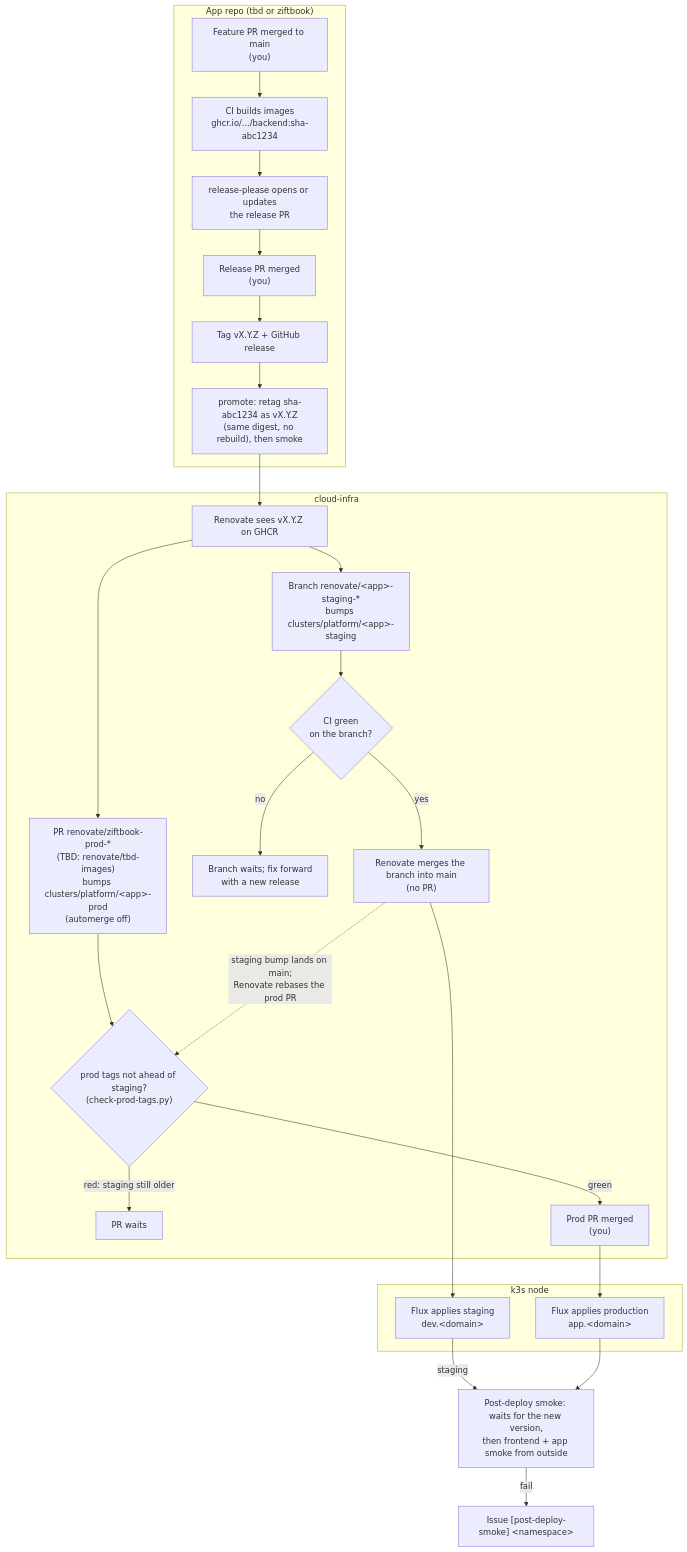
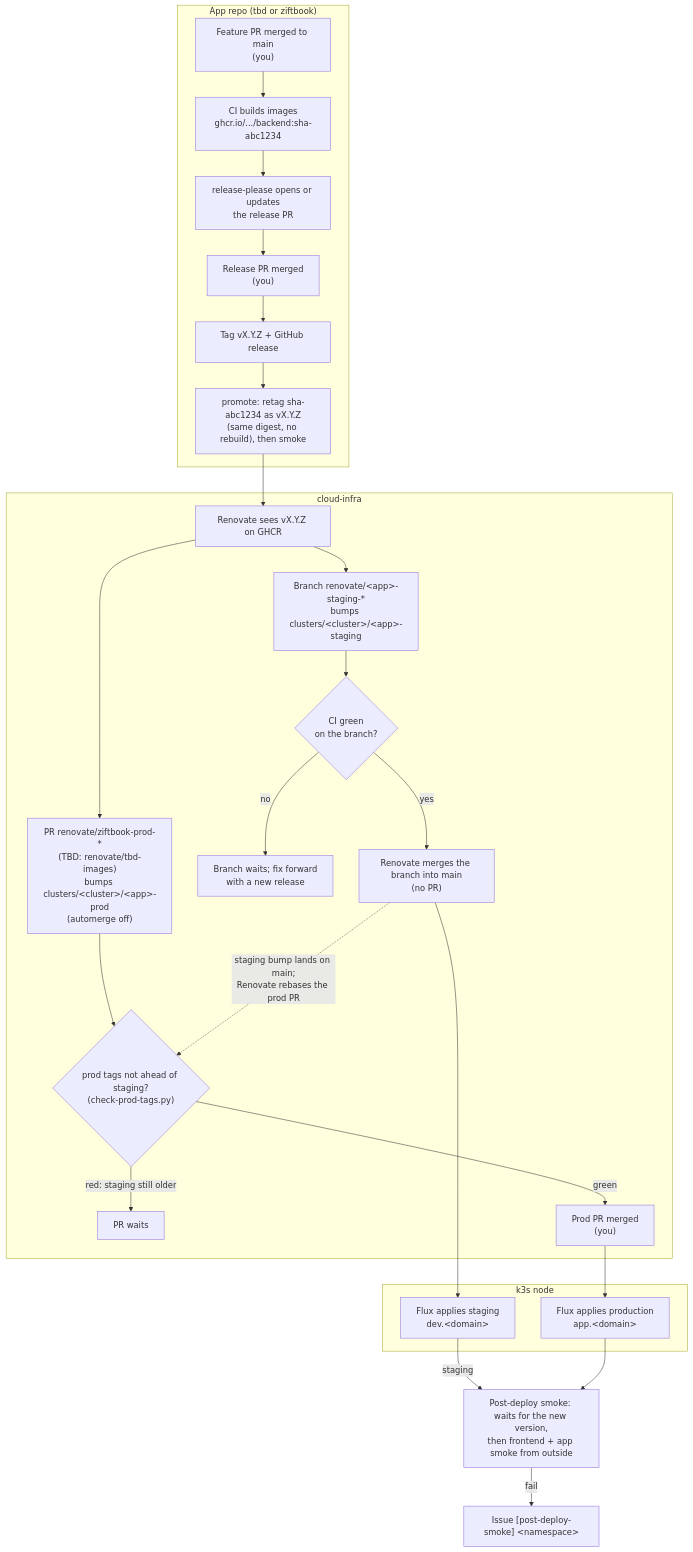
One commit to fjcloudaiconsulting/aws-infra changed the first of 2 diagrams in docs/release-flow.md. Above: the diagram before and after it, drawn with Mermaid. The commit also changed other lines of this file and 21 other files, not shown here.

````diff
--- a/docs/release-flow.md
+++ b/docs/release-flow.md
@@ -23,33 +23,33 @@
 ```mermaid
 flowchart TD
     subgraph app["App repo (tbd or ziftbook)"]
         A["Feature PR merged to main<br/>(you)"] --> B["CI builds images<br/>ghcr.io/.../backend:sha-abc1234"]
         B --> C["release-please opens or updates<br/>the release PR"]
         C --> D["Release PR merged<br/>(you)"]
         D --> E["Tag vX.Y.Z + GitHub release"]
         E --> F["promote: retag sha-abc1234 as vX.Y.Z<br/>(same digest, no rebuild), then smoke"]
     end
 
     F --> G["Renovate sees vX.Y.Z on GHCR"]
 
     subgraph infra["cloud-infra"]
-        G --> H["Branch renovate/&lt;app&gt;-staging-*<br/>bumps clusters/platform/&lt;app&gt;-staging"]
+        G --> H["Branch renovate/&lt;app&gt;-staging-*<br/>bumps clusters/&lt;cluster&gt;/&lt;app&gt;-staging"]
         H --> I{"CI green<br/>on the branch?"}
         I -- yes --> J["Renovate merges the branch into main<br/>(no PR)"]
         I -- no --> H2["Branch waits; fix forward<br/>with a new release"]
-        G --> K["PR renovate/ziftbook-prod-*<br/>(TBD: renovate/tbd-images)<br/>bumps clusters/platform/&lt;app&gt;-prod<br/>(automerge off)"]
+        G --> K["PR renovate/ziftbook-prod-*<br/>(TBD: renovate/tbd-images)<br/>bumps clusters/&lt;cluster&gt;/&lt;app&gt;-prod<br/>(automerge off)"]
         K --> L{"prod tags not ahead of staging?<br/>(check-prod-tags.py)"}
         L -- "red: staging still older" --> W["PR waits"]
         J -. "staging bump lands on main;<br/>Renovate rebases the prod PR" .-> L
         L -- green --> M["Prod PR merged<br/>(you)"]
     end
 
     subgraph cluster["k3s node"]
         J --> N["Flux applies staging<br/>dev.&lt;domain&gt;"]
         M --> O["Flux applies production<br/>app.&lt;domain&gt;"]
     end
 
     N -- "staging" --> P["Post-deploy smoke: waits for the new version,<br/>then frontend + app smoke from outside"]
     O --> P
     P -- fail --> Q["Issue [post-deploy-smoke] &lt;namespace&gt;"]
 ```
````
